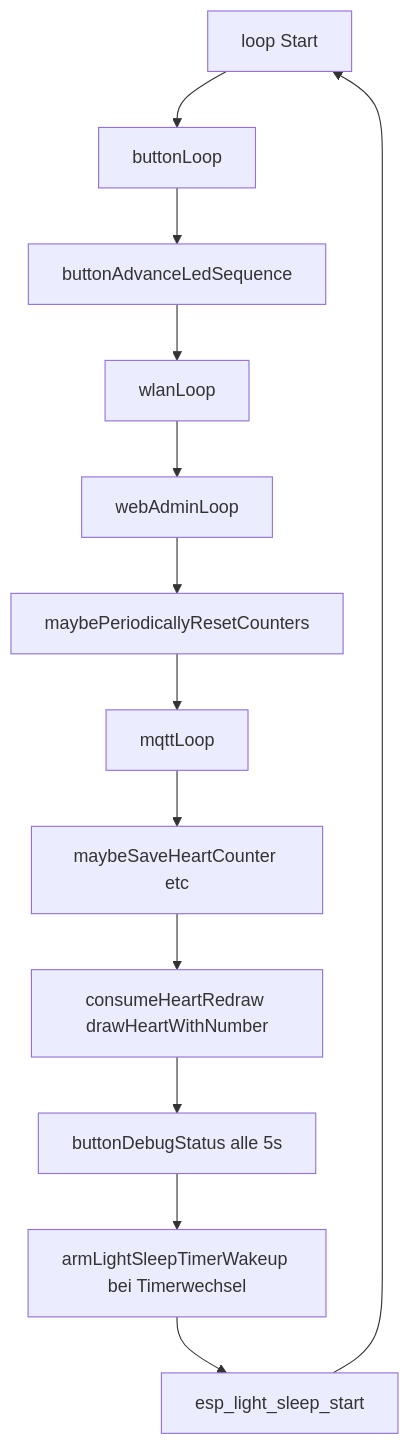
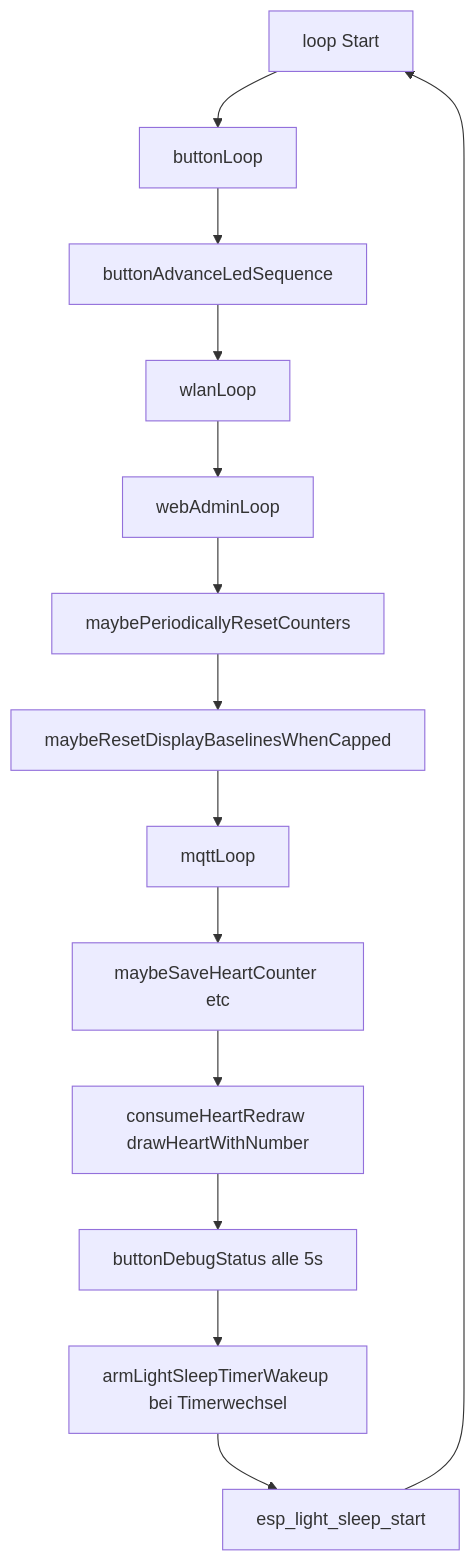
Before and after one commit to EyJunge1/chaya2mqtt: the fourth of 4 diagrams in docs/ARCHITECTURE.md, drawn with Mermaid. The commit also changed other lines of this file and 10 other files, not shown here.

First line of the commit message:
Enhance counter functionality with new display baseline reset logic

````diff
--- a/docs/ARCHITECTURE.md
+++ b/docs/ARCHITECTURE.md
@@ -132,17 +132,18 @@
 ```mermaid
 flowchart TD
     start[loop Start]
     btn[buttonLoop]
     led[buttonAdvanceLedSequence]
     wl[wlanLoop]
     web[webAdminLoop]
     cnt[maybePeriodicallyResetCounters]
+    cap[maybeResetDisplayBaselinesWhenCapped]
     mq[mqttLoop]
     save[maybeSaveHeartCounter etc]
     redraw[consumeHeartRedraw drawHeartWithNumber]
     dbg[buttonDebugStatus alle 5s]
     arm[armLightSleepTimerWakeup bei Timerwechsel]
     wait[esp_light_sleep_start]
 
-    start --> btn --> led --> wl --> web --> cnt --> mq --> save --> redraw --> dbg --> arm --> wait --> start
+    start --> btn --> led --> wl --> web --> cnt --> cap --> mq --> save --> redraw --> dbg --> arm --> wait --> start
 ```
````
